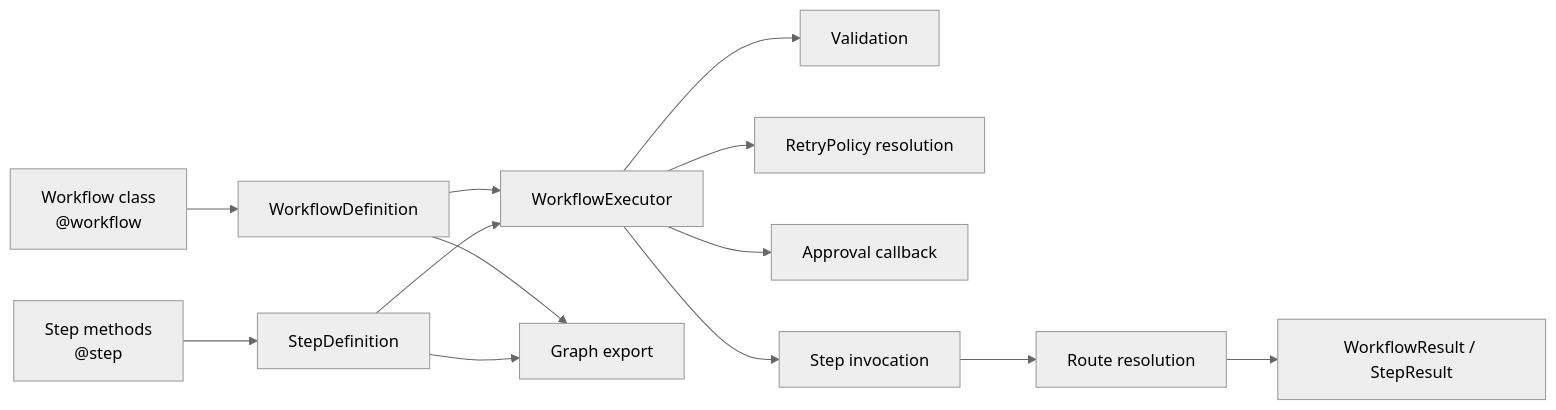
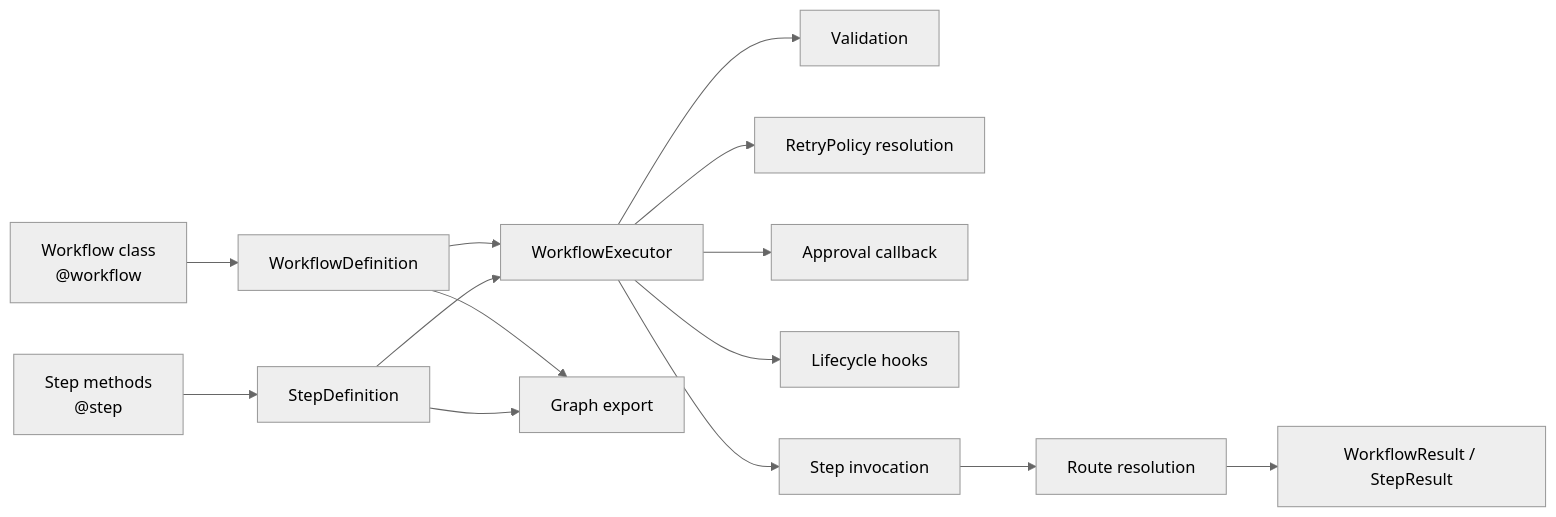
The first of 2 diagrams in docs/architecture/overview.md (danishali778/agentflowkit), drawn with Mermaid (neutral theme) before and after one commit. The commit also changed other lines of this file and 18 other files, not shown here.

First line of the commit message:
feat: add workflow lifecycle hooks (#10)

````diff
--- a/docs/architecture/overview.md
+++ b/docs/architecture/overview.md
@@ -20,15 +21,16 @@
 ```mermaid
 flowchart LR
     A[Workflow class<br/>@workflow] --> B[WorkflowDefinition]
     C[Step methods<br/>@step] --> D[StepDefinition]
     B --> E[WorkflowExecutor]
     D --> E
     B --> L[Graph export]
     D --> L
     E --> F[Validation]
     E --> G[RetryPolicy resolution]
     E --> K[Approval callback]
+    E --> M[Lifecycle hooks]
     E --> J[Step invocation]
     J --> H[Route resolution]
     H --> I[WorkflowResult / StepResult]
 ```
````
